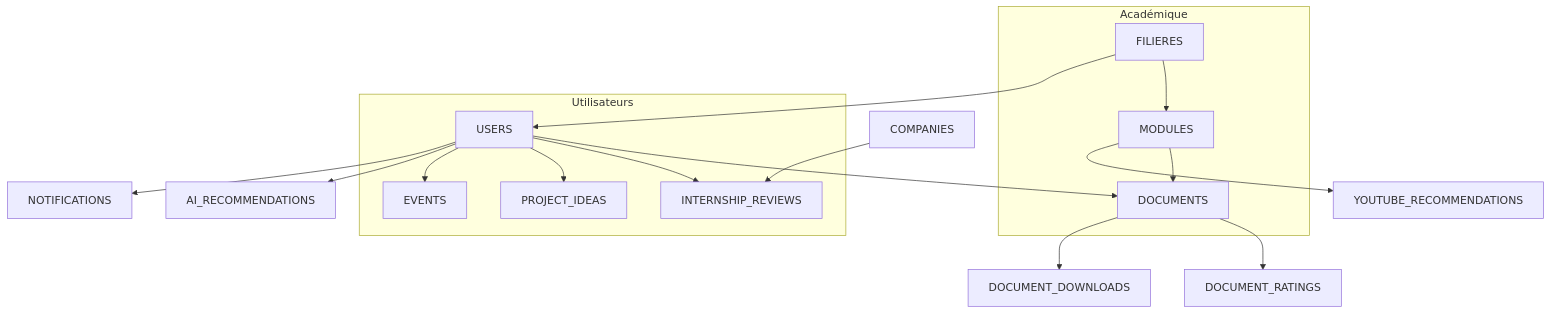
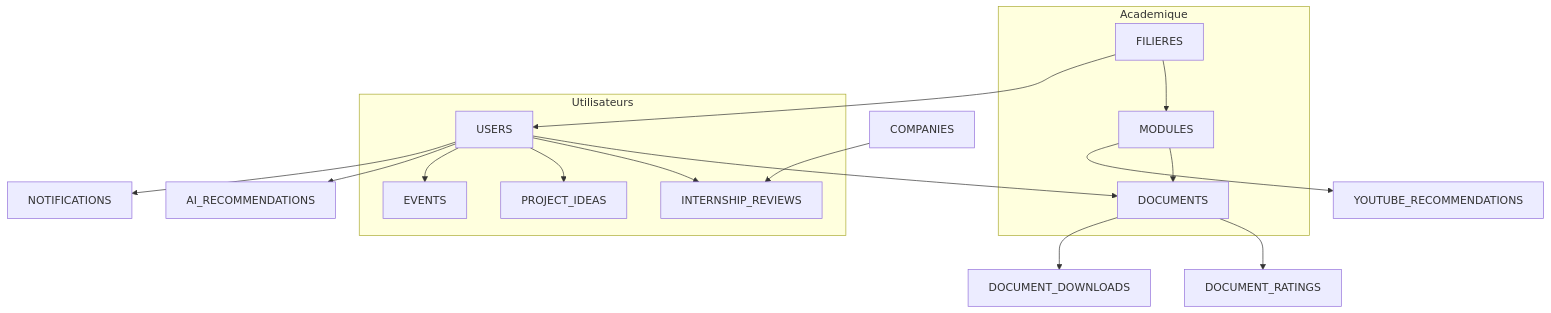
One commit to Claude20022002/StudyLib changed the fifth of 15 diagrams in docs/RAPPORT.md. Above: the diagram before and after it, drawn with Mermaid. The commit also changed other lines of this file, not shown here.

Commit message:
Update RAPPORT.md to enhance compatibility with GitHub by adjusting Mermaid diagram labels, standardizing terminology, and improving clarity in various sections, including functional modules and user flows.

````diff
--- a/docs/RAPPORT.md
+++ b/docs/RAPPORT.md
@@ -427,22 +428,22 @@
 ```mermaid
 flowchart TB
-    subgraph Académique
+    subgraph academique [Academique]
         F[FILIERES] --> M[MODULES]
         M --> D[DOCUMENTS]
     end
 
     subgraph Utilisateurs
         U[USERS] --> D
         U --> IR[INTERNSHIP_REVIEWS]
         U --> PI[PROJECT_IDEAS]
         U --> E[EVENTS]
     end
 
     F --> U
     D --> DR[DOCUMENT_RATINGS]
     D --> DD[DOCUMENT_DOWNLOADS]
     C[COMPANIES] --> IR
     M --> YT[YOUTUBE_RECOMMENDATIONS]
     U --> AI[AI_RECOMMENDATIONS]
     U --> N[NOTIFICATIONS]
 ```
````
